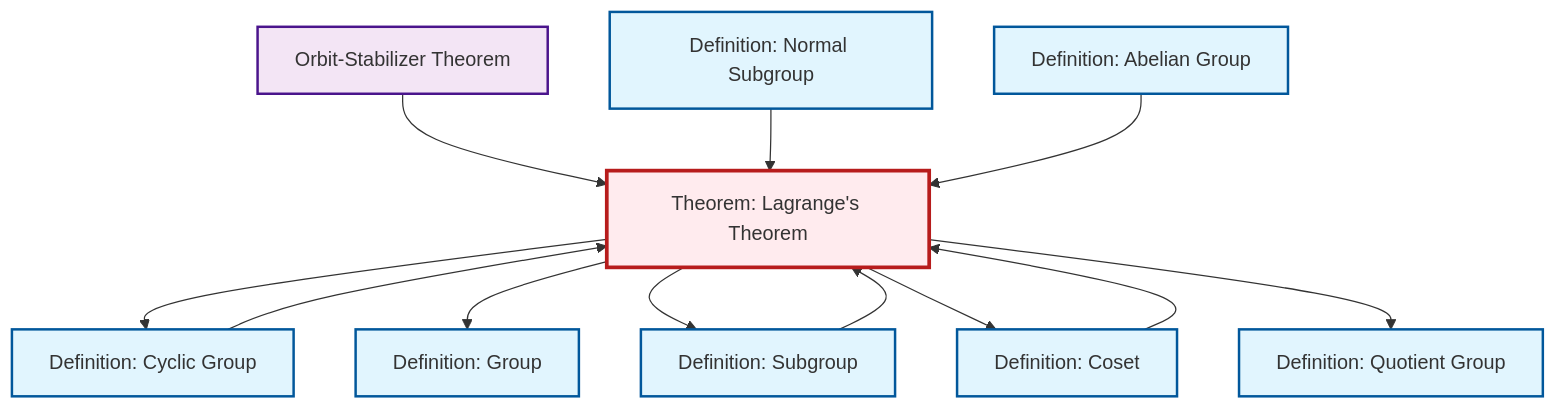
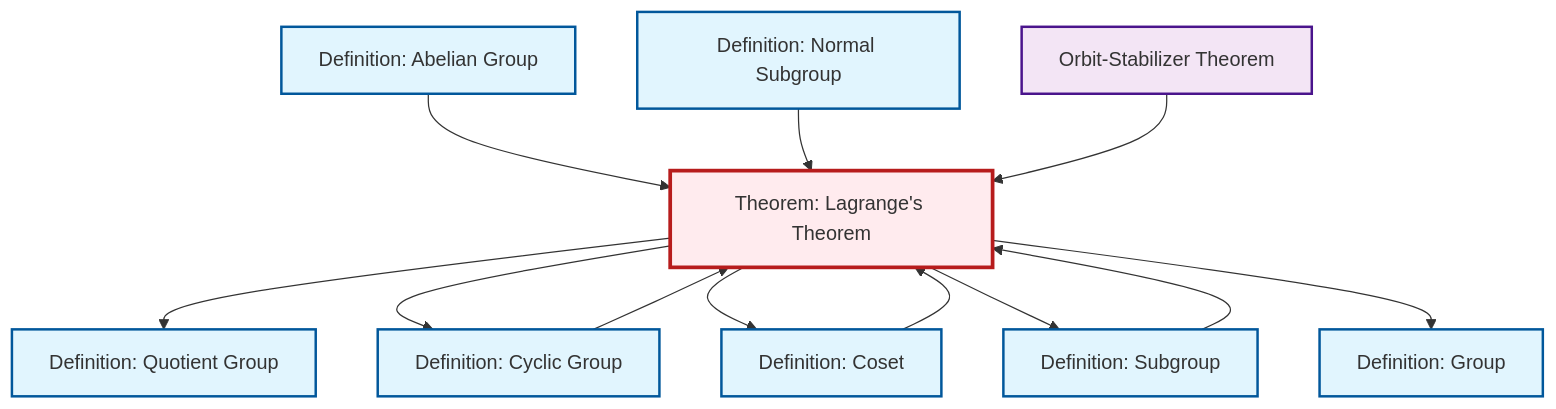
The diagram in content/ja/algebra/thm-lagrange.qmd (RK0429/ModernMath), drawn with Mermaid before and after one commit. The commit also changed other lines of this file and 497 other files, not shown here.

````diff
--- a/content/ja/algebra/thm-lagrange.qmd
+++ b/content/ja/algebra/thm-lagrange.qmd
@@ -45,38 +52,38 @@
 ```{mermaid}
 %%| fig-cap: "Local dependency graph"
 graph TD
     classDef definition fill:#e1f5fe,stroke:#01579b,stroke-width:2px
     classDef theorem fill:#f3e5f5,stroke:#4a148c,stroke-width:2px
     classDef axiom fill:#fff3e0,stroke:#e65100,stroke-width:2px
     classDef example fill:#e8f5e9,stroke:#1b5e20,stroke-width:2px
     classDef current fill:#ffebee,stroke:#b71c1c,stroke-width:3px
-    def-quotient-group["Definition: Quotient Group"]:::definition
     def-normal-subgroup["Definition: Normal Subgroup"]:::definition
     thm-orbit-stabilizer["Orbit-Stabilizer Theorem"]:::theorem
+    def-coset["Definition: Coset"]:::definition
+    thm-lagrange["Theorem: Lagrange's Theorem"]:::theorem
+    def-quotient-group["Definition: Quotient Group"]:::definition
+    def-cyclic-group["Definition: Cyclic Group"]:::definition
+    def-subgroup["Definition: Subgroup"]:::definition
+    def-group["Definition: Group"]:::definition
     def-abelian-group["Definition: Abelian Group"]:::definition
-    thm-lagrange["Theorem: Lagrange's Theorem"]:::theorem
-    def-coset["Definition: Coset"]:::definition
-    def-cyclic-group["Definition: Cyclic Group"]:::definition
-    def-group["Definition: Group"]:::definition
-    def-subgroup["Definition: Subgroup"]:::definition
+    thm-lagrange --> def-quotient-group
     thm-lagrange --> def-cyclic-group
+    def-coset --> thm-lagrange
+    def-abelian-group --> thm-lagrange
     def-cyclic-group --> thm-lagrange
-    thm-orbit-stabilizer --> thm-lagrange
+    thm-lagrange --> def-coset
+    thm-lagrange --> def-subgroup
     def-normal-subgroup --> thm-lagrange
     thm-lagrange --> def-group
-    thm-lagrange --> def-subgroup
-    thm-lagrange --> def-coset
-    def-abelian-group --> thm-lagrange
-    thm-lagrange --> def-quotient-group
-    def-coset --> thm-lagrange
+    thm-orbit-stabilizer --> thm-lagrange
     def-subgroup --> thm-lagrange
     class thm-lagrange current
-    click def-quotient-group "def-quotient-group.html" "Definition: Quotient Groupへ"
     click def-normal-subgroup "def-normal-subgroup.html" "Definition: Normal Subgroupへ"
     click thm-orbit-stabilizer "thm-orbit-stabilizer.html" "Orbit-Stabilizer Theoremへ"
+    click def-coset "def-coset.html" "Definition: Cosetへ"
+    click def-quotient-group "def-quotient-group.html" "Definition: Quotient Groupへ"
+    click def-cyclic-group "def-cyclic-group.html" "Definition: Cyclic Groupへ"
+    click def-subgroup "def-subgroup.html" "Definition: Subgroupへ"
+    click def-group "def-group.html" "Definition: Groupへ"
     click def-abelian-group "def-abelian-group.html" "Definition: Abelian Groupへ"
-    click def-coset "def-coset.html" "Definition: Cosetへ"
-    click def-cyclic-group "def-cyclic-group.html" "Definition: Cyclic Groupへ"
-    click def-group "def-group.html" "Definition: Groupへ"
-    click def-subgroup "def-subgroup.html" "Definition: Subgroupへ"
 ```
````
